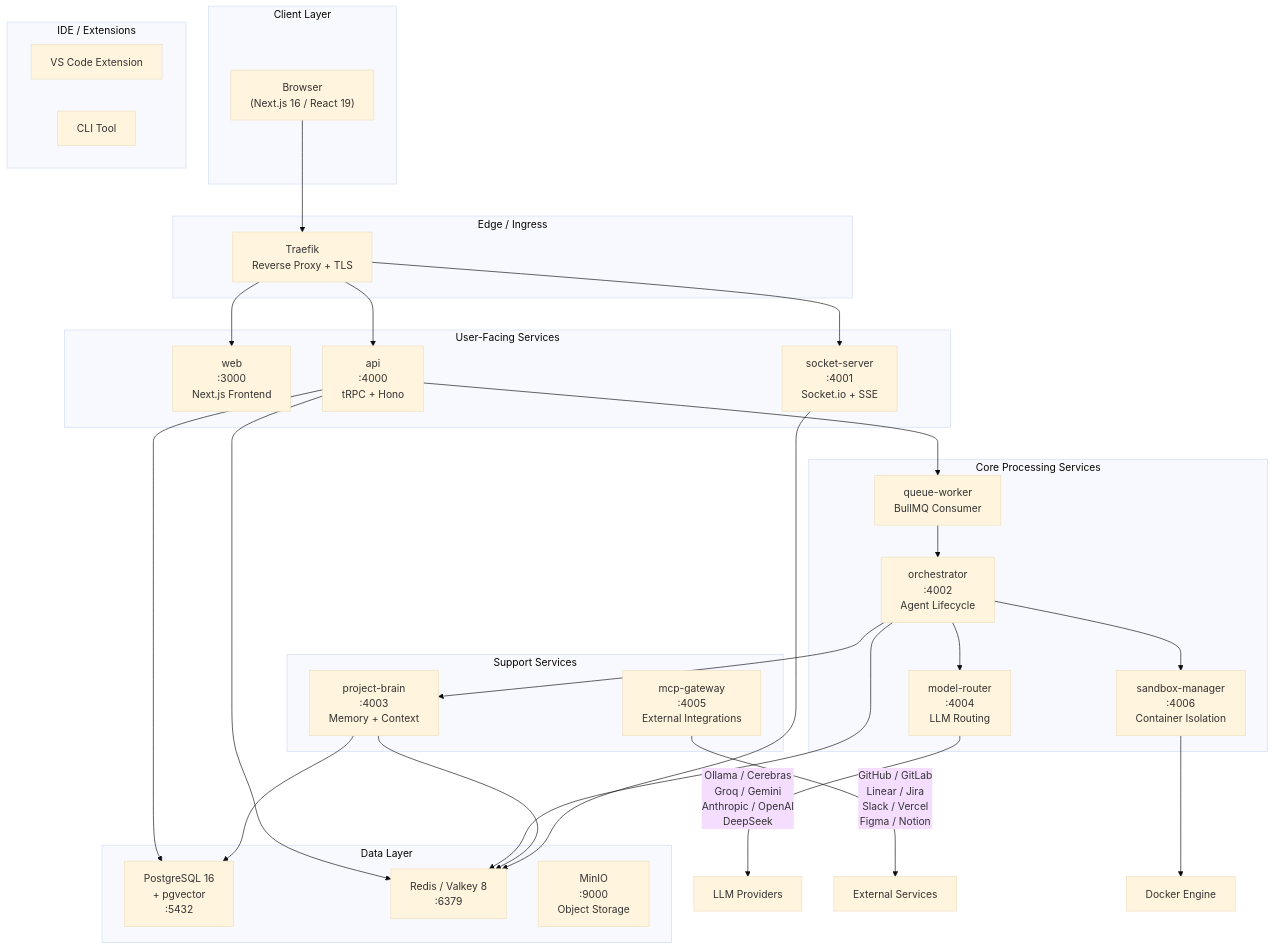
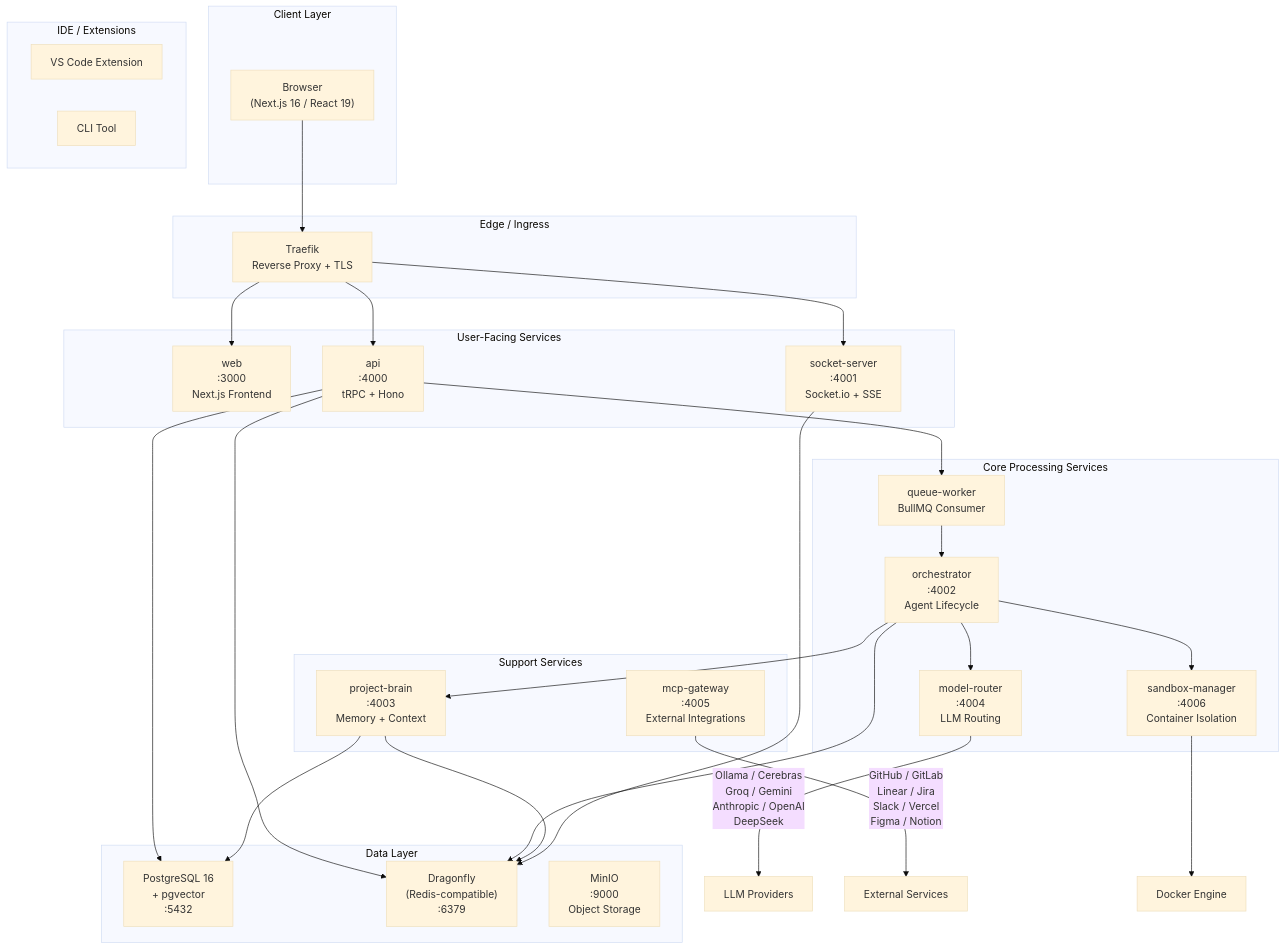
The first of 18 diagrams in ARCHITECTURE.md (idimetrix/prometheus-ai), drawn with Mermaid (base theme) before and after one commit. The commit also changed other lines of this file and 3 other files, not shown here.

Commit message:
docs: update architecture, features, missing gaps, and technologies documentation

````diff
--- a/ARCHITECTURE.md
+++ b/ARCHITECTURE.md
@@ -41,64 +55,64 @@
 ```mermaid
 graph TD
     subgraph "Client Layer"
         Browser["Browser<br/>(Next.js 16 / React 19)"]
     end
 
     subgraph "Edge / Ingress"
         Traefik["Traefik<br/>Reverse Proxy + TLS"]
     end
 
     subgraph "User-Facing Services"
         Web["web<br/>:3000<br/>Next.js Frontend"]
         API["api<br/>:4000<br/>tRPC + Hono"]
         Socket["socket-server<br/>:4001<br/>Socket.io + SSE"]
     end
 
     subgraph "Core Processing Services"
         Orchestrator["orchestrator<br/>:4002<br/>Agent Lifecycle"]
         QueueWorker["queue-worker<br/>BullMQ Consumer"]
         ModelRouter["model-router<br/>:4004<br/>LLM Routing"]
         SandboxMgr["sandbox-manager<br/>:4006<br/>Container Isolation"]
     end
 
     subgraph "Support Services"
         MCPGateway["mcp-gateway<br/>:4005<br/>External Integrations"]
         ProjectBrain["project-brain<br/>:4003<br/>Memory + Context"]
     end
 
     subgraph "IDE / Extensions"
         VSCode["VS Code Extension"]
         CLI["CLI Tool"]
     end
 
     subgraph "Data Layer"
         PG["PostgreSQL 16<br/>+ pgvector<br/>:5432"]
-        Redis["Redis / Valkey 8<br/>:6379"]
+        Redis["Dragonfly<br/>(Redis-compatible)<br/>:6379"]
         MinIO["MinIO<br/>:9000<br/>Object Storage"]
     end
 
     Browser --> Traefik
     Traefik --> Web
     Traefik --> API
     Traefik --> Socket
 
     API --> PG
     API --> Redis
     API --> QueueWorker
 
     QueueWorker --> Orchestrator
     Orchestrator --> ModelRouter
     Orchestrator --> SandboxMgr
     Orchestrator --> ProjectBrain
     Orchestrator --> Redis
 
     ModelRouter --> |"Ollama / Cerebras<br/>Groq / Gemini<br/>Anthropic / OpenAI<br/>DeepSeek"| LLMProviders["LLM Providers"]
 
     ProjectBrain --> PG
     ProjectBrain --> Redis
 
     MCPGateway --> |"GitHub / GitLab<br/>Linear / Jira<br/>Slack / Vercel<br/>Figma / Notion"| ExtServices["External Services"]
 
     Socket --> Redis
     SandboxMgr --> Docker["Docker Engine"]
 ```
````
